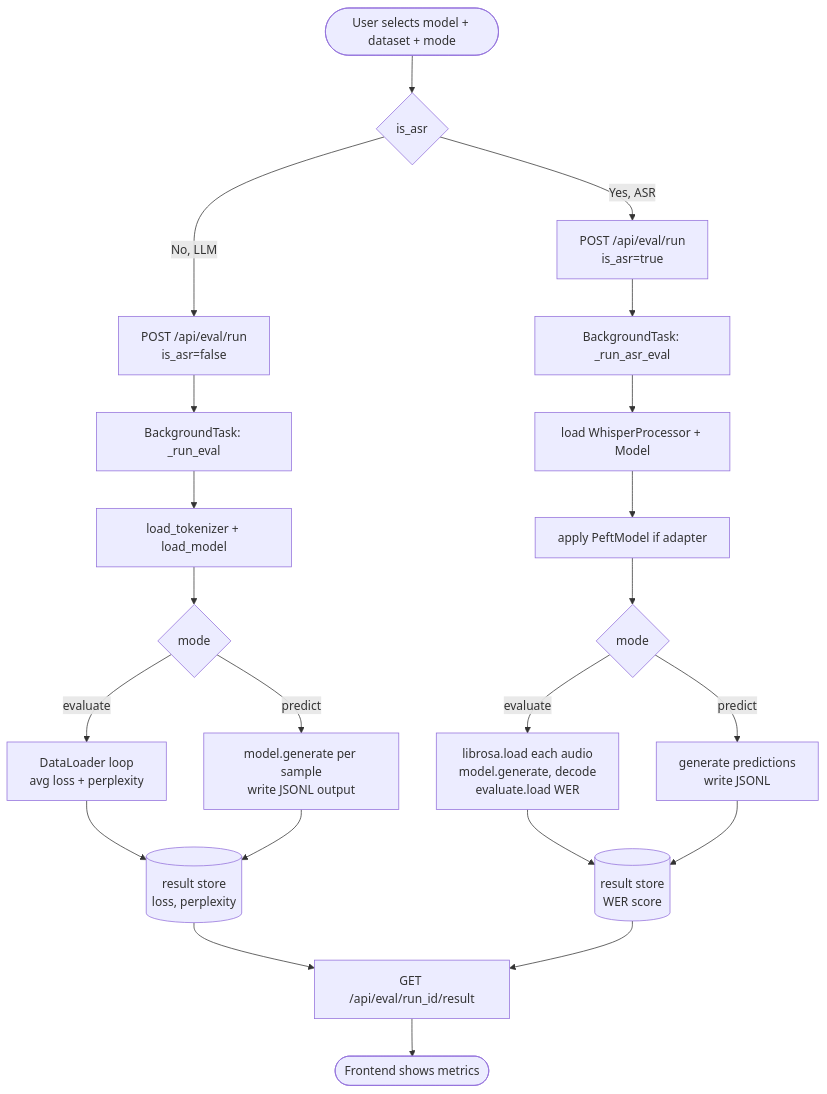
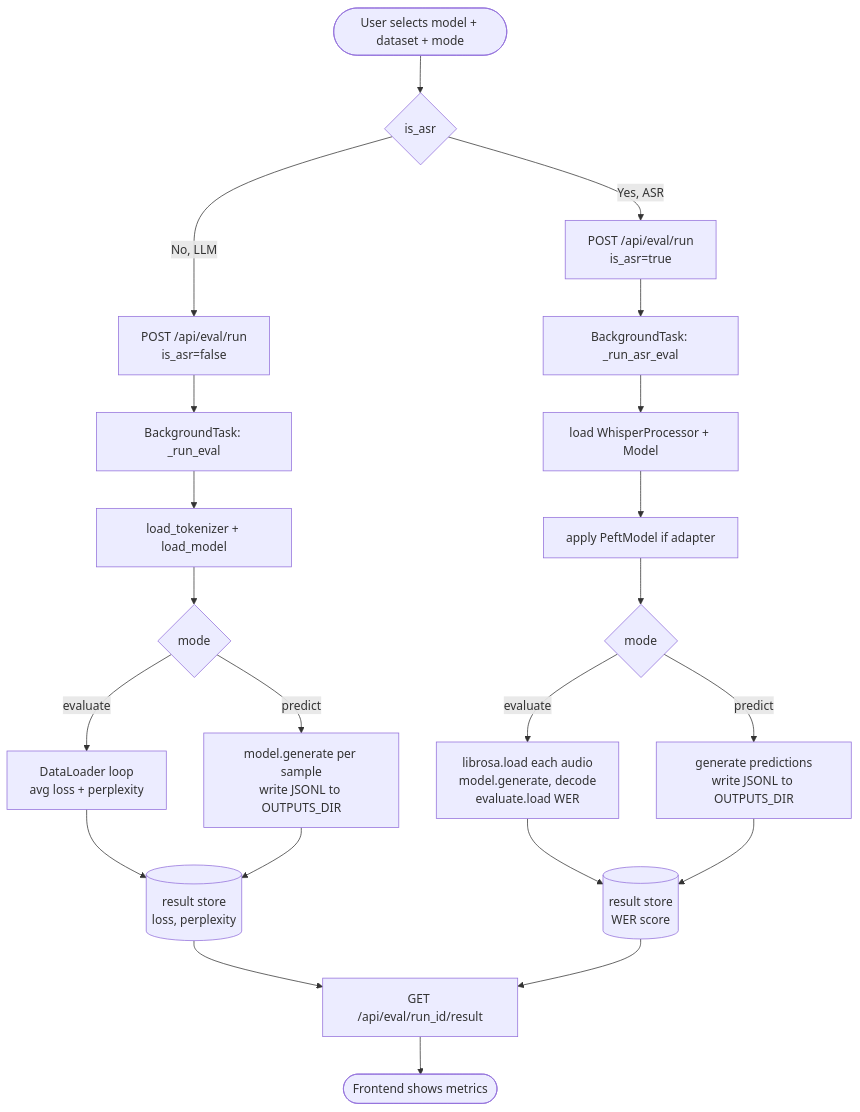
One commit to williamcheong0616/training_pipeline_dashboard changed the sixth of 8 diagrams in docs/SYSTEM_FLOW.md. Above: the diagram before and after it, drawn with Mermaid. The commit also changed other lines of this file and 6 other files, not shown here.

````diff
--- a/docs/SYSTEM_FLOW.md
+++ b/docs/SYSTEM_FLOW.md
@@ -203,27 +247,27 @@
 ```mermaid
 flowchart TD
     A(["User selects model + dataset + mode"]) --> B{"is_asr"}
 
     B -- "No, LLM" --> C["POST /api/eval/run\nis_asr=false"]
     C --> D["BackgroundTask: _run_eval"]
     D --> E["load_tokenizer + load_model"]
     E --> F{"mode"}
     F -- evaluate --> G["DataLoader loop\navg loss + perplexity"]
-    F -- predict --> H["model.generate per sample\nwrite JSONL output"]
+    F -- predict --> H["model.generate per sample\nwrite JSONL to OUTPUTS_DIR"]
     G --> I[("result store\nloss, perplexity")]
     H --> I
 
     B -- "Yes, ASR" --> J["POST /api/eval/run\nis_asr=true"]
     J --> K["BackgroundTask: _run_asr_eval"]
     K --> L["load WhisperProcessor + Model"]
     L --> M["apply PeftModel if adapter"]
     M --> N{"mode"}
     N -- evaluate --> O["librosa.load each audio\nmodel.generate, decode\nevaluate.load WER"]
-    N -- predict --> P["generate predictions\nwrite JSONL"]
+    N -- predict --> P["generate predictions\nwrite JSONL to OUTPUTS_DIR"]
     O --> Q[("result store\nWER score")]
     P --> Q
 
     I --> R["GET /api/eval/run_id/result"]
     Q --> R
     R --> S([Frontend shows metrics])
 ```
````
